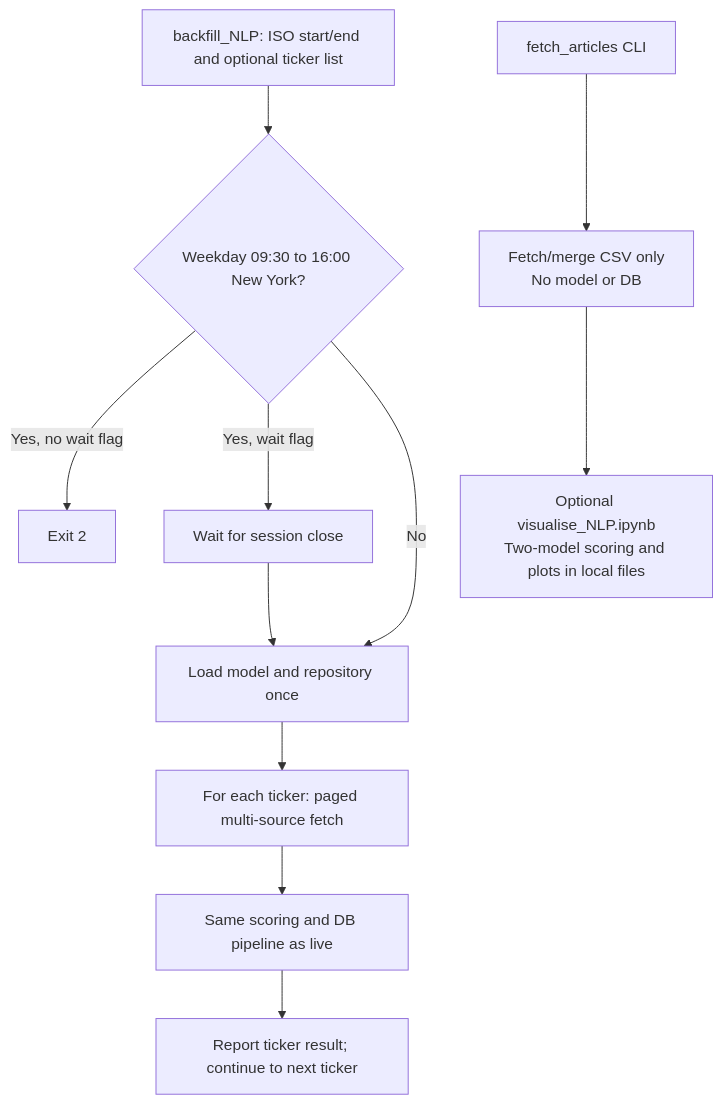
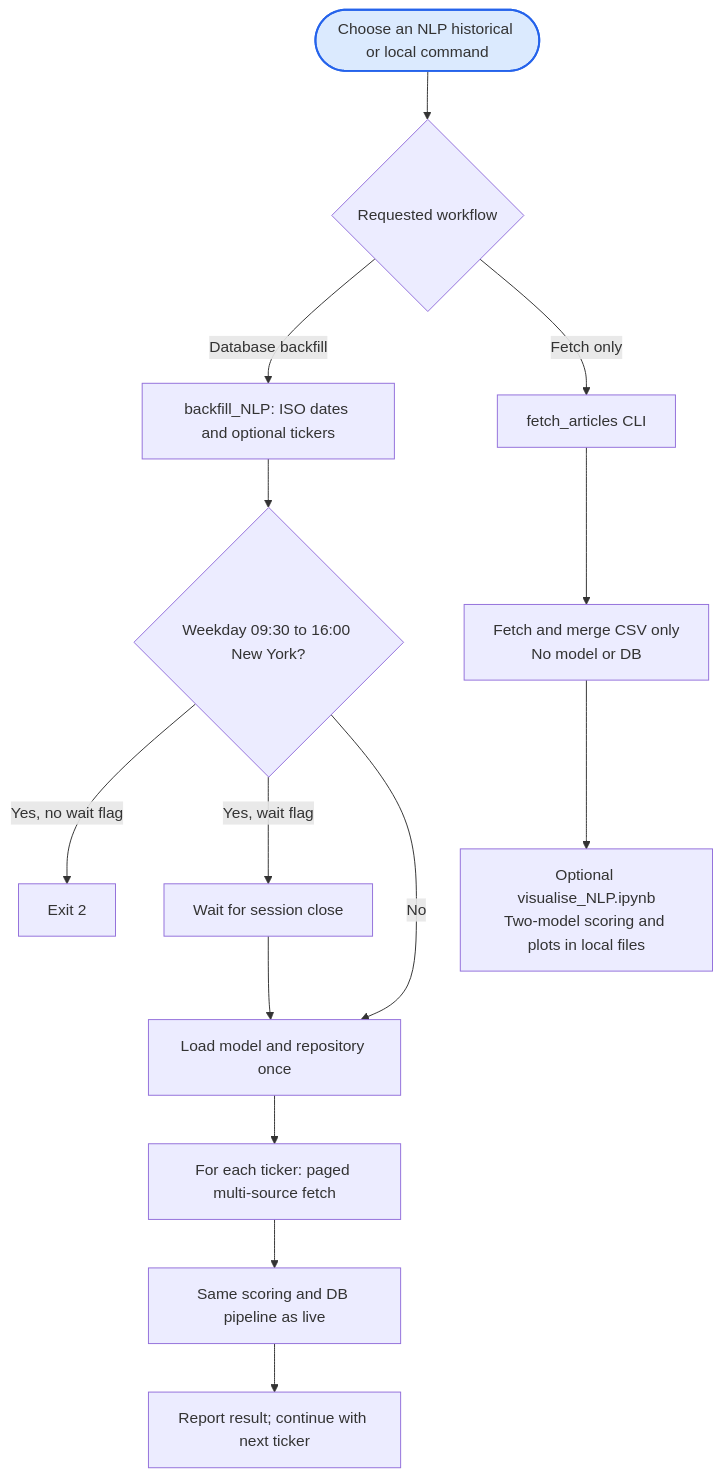
One commit to MUNQuantSociety/MQSMaster changed the third of 3 diagrams in NLP/WORKFLOW.md. Above: the diagram before and after it, drawn with Mermaid. The commit also changed other lines of this file and 12 other files, not shown here.

Commit message:
docs: make workflow diagrams top-down hierarchies

````diff
--- a/NLP/WORKFLOW.md
+++ b/NLP/WORKFLOW.md
@@ -103,13 +109,17 @@
 ```mermaid
 flowchart TD
-    CLI["backfill_NLP: ISO start/end and optional ticker list"] --> HOURS{"Weekday 09:30 to 16:00 New York?"}
+    START(["Choose an NLP historical or local command"]) --> MODE{"Requested workflow"}
+    MODE -->|Database backfill| CLI["backfill_NLP: ISO dates and optional tickers"]
+    CLI --> HOURS{"Weekday 09:30 to 16:00 New York?"}
     HOURS -->|Yes, no wait flag| REFUSE["Exit 2"]
     HOURS -->|Yes, wait flag| WAIT["Wait for session close"]
     WAIT --> INIT["Load model and repository once"]
     HOURS -->|No| INIT
     INIT --> EACH["For each ticker: paged multi-source fetch"]
     EACH --> PIPE["Same scoring and DB pipeline as live"]
-    PIPE --> DONE["Report ticker result; continue to next ticker"]
-    LOCAL["fetch_articles CLI"] --> FILE["Fetch/merge CSV only<br/>No model or DB"]
+    PIPE --> DONE["Report result; continue with next ticker"]
+    MODE -->|Fetch only| LOCAL["fetch_articles CLI"]
+    LOCAL --> FILE["Fetch and merge CSV only<br/>No model or DB"]
     FILE --> NOTEBOOK["Optional visualise_NLP.ipynb<br/>Two-model scoring and plots in local files"]
+    style START fill:#dbeafe,stroke:#2563eb,stroke-width:2px
 ```
````
